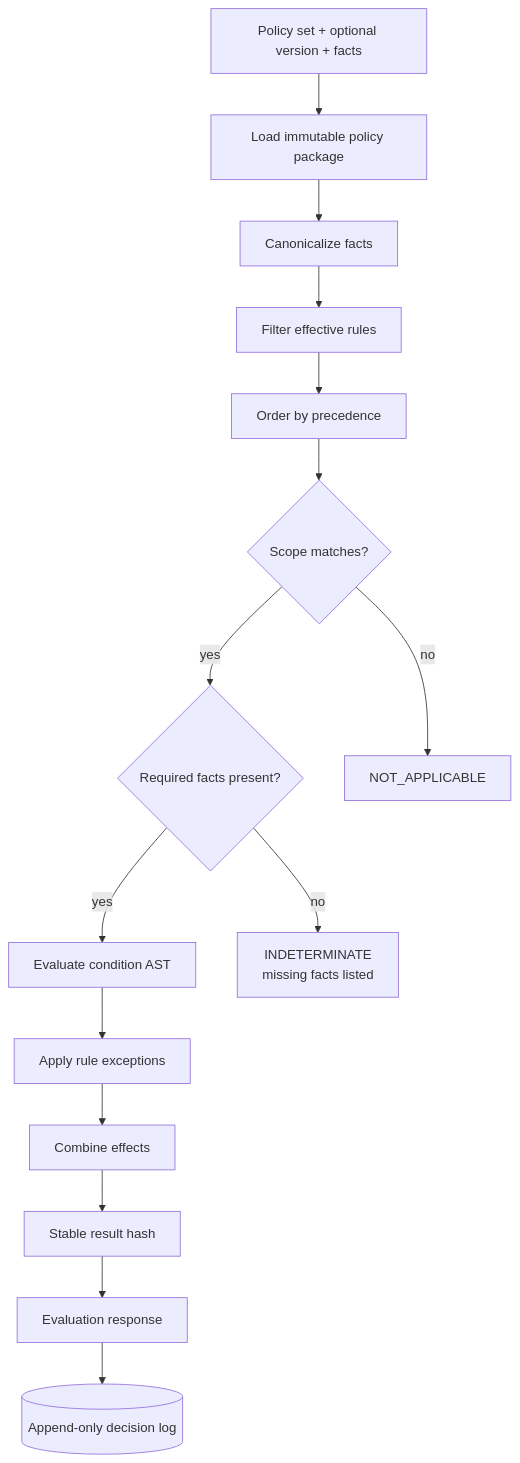
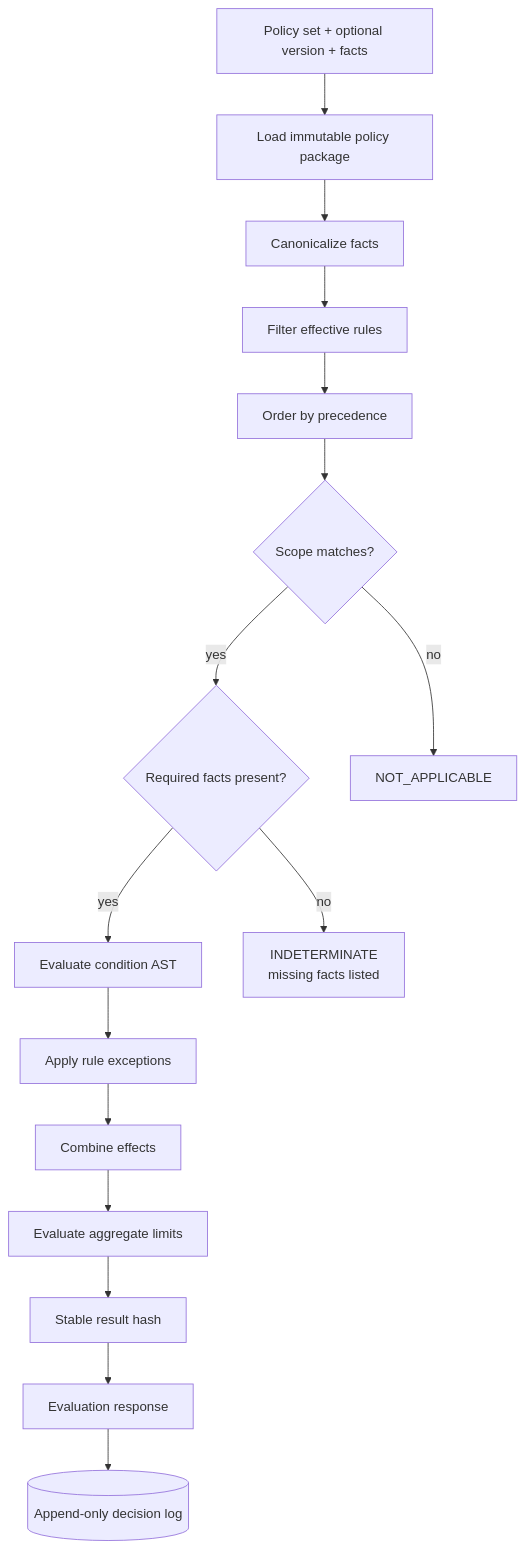
The third of 7 diagrams in docs/capability-flows.md (taomar/policy-governance-engine), drawn with Mermaid before and after one commit.

Commit message:
docs(capability-flows): restore live aggregate-limits evaluator node
Reverses my earlier removal. Verified the step is still wired into the pipeline: evaluate_policy (evaluator/engine.py:354) calls _evaluate_aggregate_limits, and all 5 tests in tests/unit/test_aggregate_limits.py exercise it through evaluate_policy and pass. Only the authoring/management surface was retired; the deterministic evaluator step remains, so the flowchart node belongs. The secondary-capabilities row stays removed: it led with authoring (now retired), and aggregate evaluation is a primary pipeline step shown in the flowchart, not a secondary capability.

````diff
--- a/docs/capability-flows.md
+++ b/docs/capability-flows.md
@@ -74,22 +74,23 @@
 ```mermaid
 flowchart TD
     Request["Policy set + optional version + facts"]
     Package["Load immutable policy package"]
     Facts["Canonicalize facts"]
     Window["Filter effective rules"]
     Order["Order by precedence"]
     Scope{"Scope matches?"}
     Missing{"Required facts present?"}
     Condition["Evaluate condition AST"]
     Exception["Apply rule exceptions"]
     Combine["Combine effects"]
+    Aggregate["Evaluate aggregate limits"]
     Hash["Stable result hash"]
     Response["Evaluation response"]
     Log[("Append-only decision log")]
 
     Request --> Package --> Facts --> Window --> Order --> Scope
     Scope -- no --> NA["NOT_APPLICABLE"]
     Scope -- yes --> Missing
     Missing -- no --> IND["INDETERMINATE<br/>missing facts listed"]
-    Missing -- yes --> Condition --> Exception --> Combine --> Hash --> Response --> Log
+    Missing -- yes --> Condition --> Exception --> Combine --> Aggregate --> Hash --> Response --> Log
 ```
````
